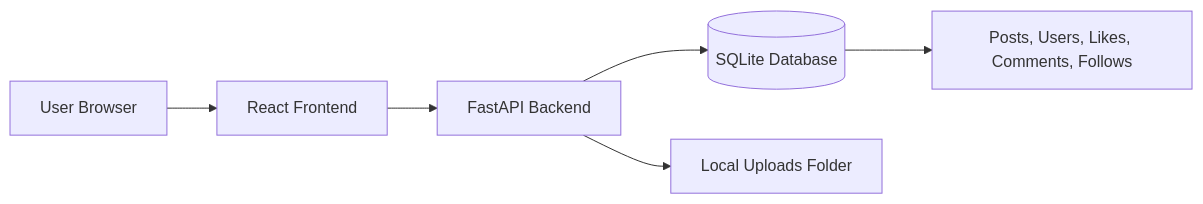
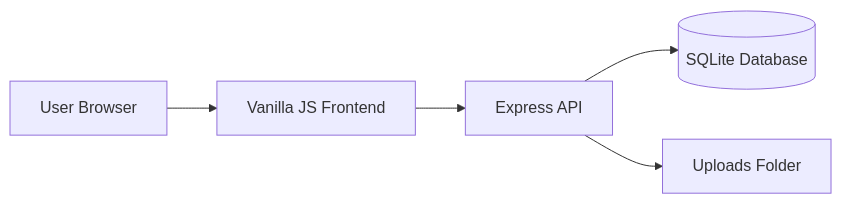
Before and after one commit to mohddilshadkhan2003/Mini-Insta-Clone: the diagram in README.md, drawn with Mermaid. The commit also changed other lines of this file and 4 other files, not shown here.

Commit message:
Replace React frontend with a beginner-friendly vanilla JavaScript implementation and update project docs.

````diff
--- a/README.md
+++ b/README.md
@@ -28,8 +24,7 @@
 ```mermaid
 flowchart LR
-    A[User Browser] --> B[React Frontend]
-    B --> C[FastAPI Backend]
+    A[User Browser] --> B[Vanilla JS Frontend]
+    B --> C[Express API]
     C --> D[(SQLite Database)]
-    C --> E[Local Uploads Folder]
-    D --> F[Posts, Users, Likes, Comments, Follows]
+    C --> E[Uploads Folder]
 ```
````
